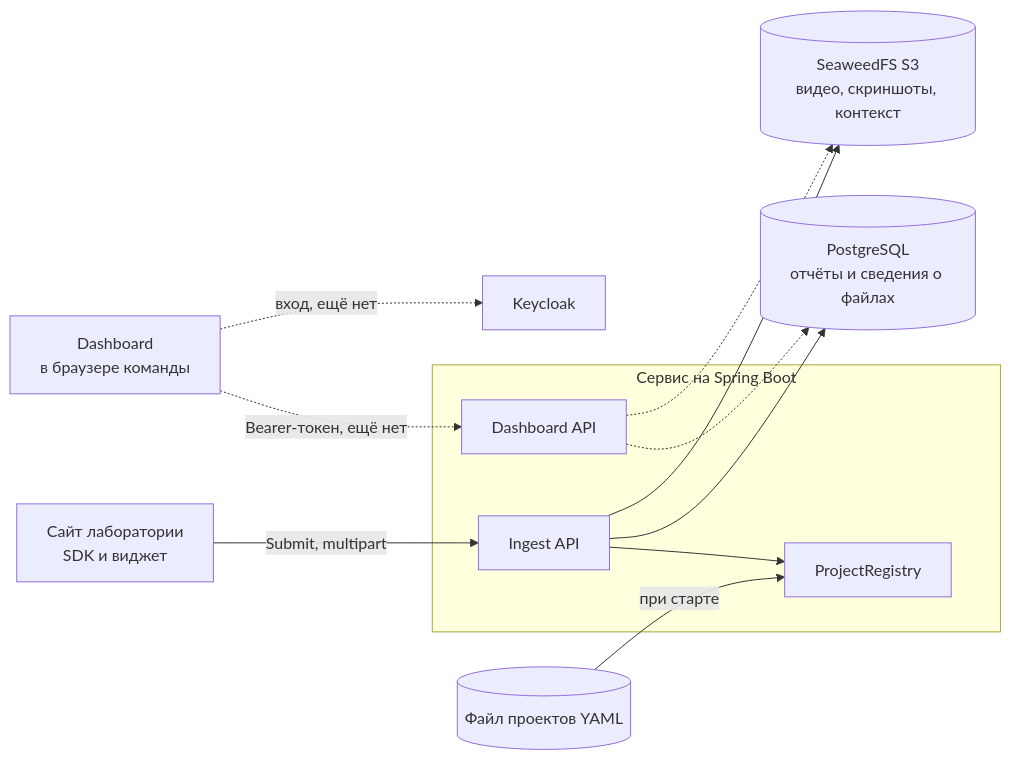
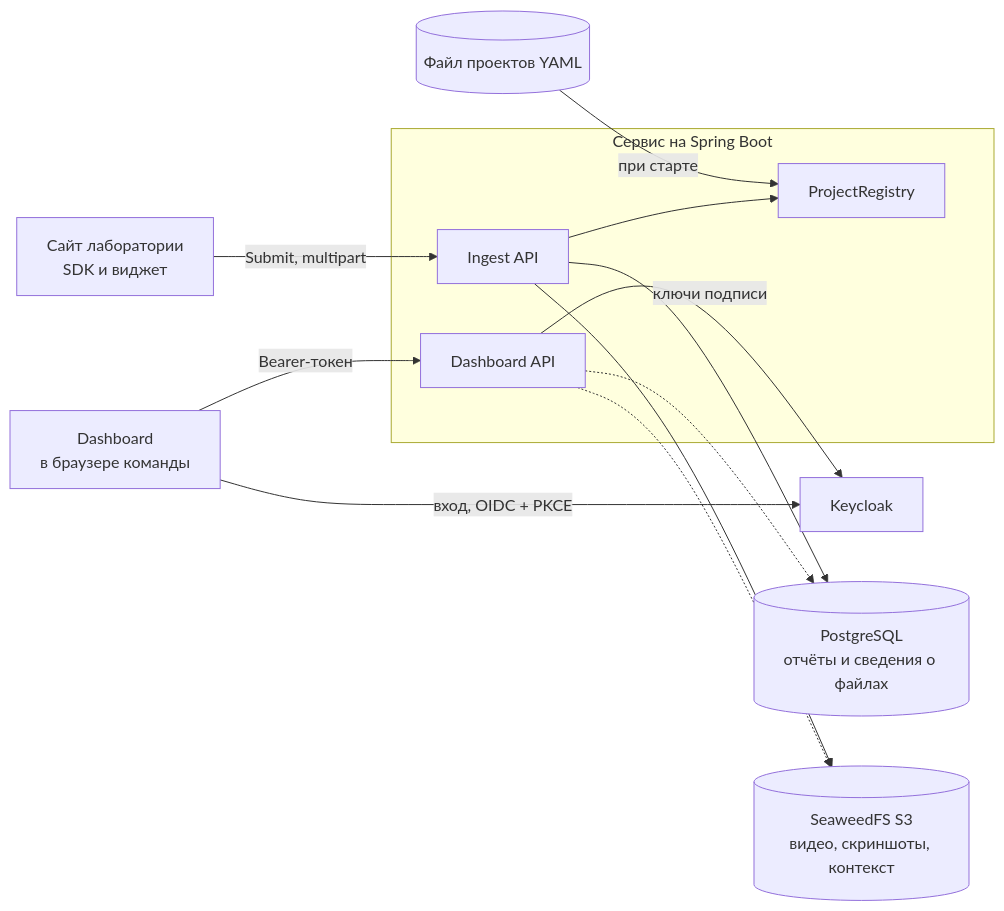
The diagram in docs/architecture.md (alikhan-kai/lab-bug-reporter), drawn with Mermaid before and after one commit. The commit also changed other lines of this file and 3 other files, not shown here.

````diff
--- a/docs/architecture.md
+++ b/docs/architecture.md
@@ -10,19 +10,20 @@
 ```mermaid
 flowchart LR
     site["Сайт лаборатории<br/>SDK и виджет"] -->|Submit, multipart| ingest
-    team["Dashboard<br/>в браузере команды"] -.->|Bearer-токен, ещё нет| api
-    team -.->|вход, ещё нет| kc[Keycloak]
+    team["Dashboard<br/>в браузере команды"] -->|Bearer-токен| api
+    team -->|вход, OIDC + PKCE| kc[Keycloak]
+    api -->|ключи подписи| kc
 
     subgraph service[Сервис на Spring Boot]
         ingest[Ingest API]
         api[Dashboard API]
         registry[ProjectRegistry]
     end
 
     file[(Файл проектов YAML)] -->|при старте| registry
     ingest --> registry
     ingest --> db[(PostgreSQL<br/>отчёты и сведения о файлах)]
     ingest --> s3[(SeaweedFS S3<br/>видео, скриншоты, контекст)]
     api -.-> db
     api -.-> s3
 ```
````
